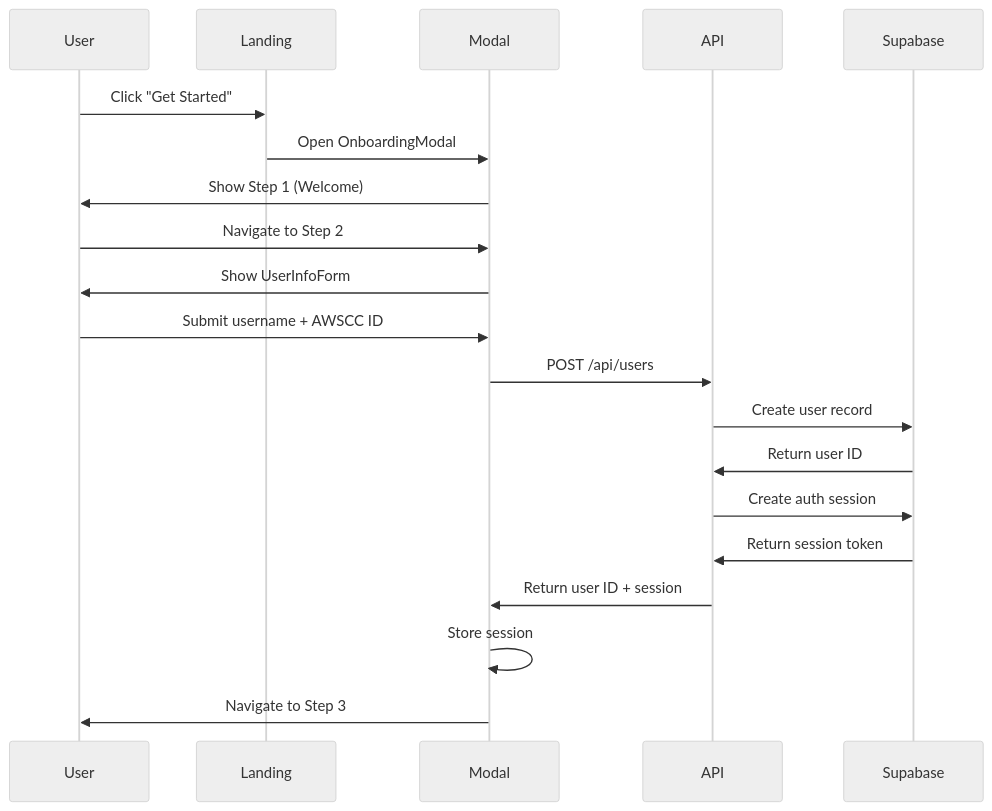
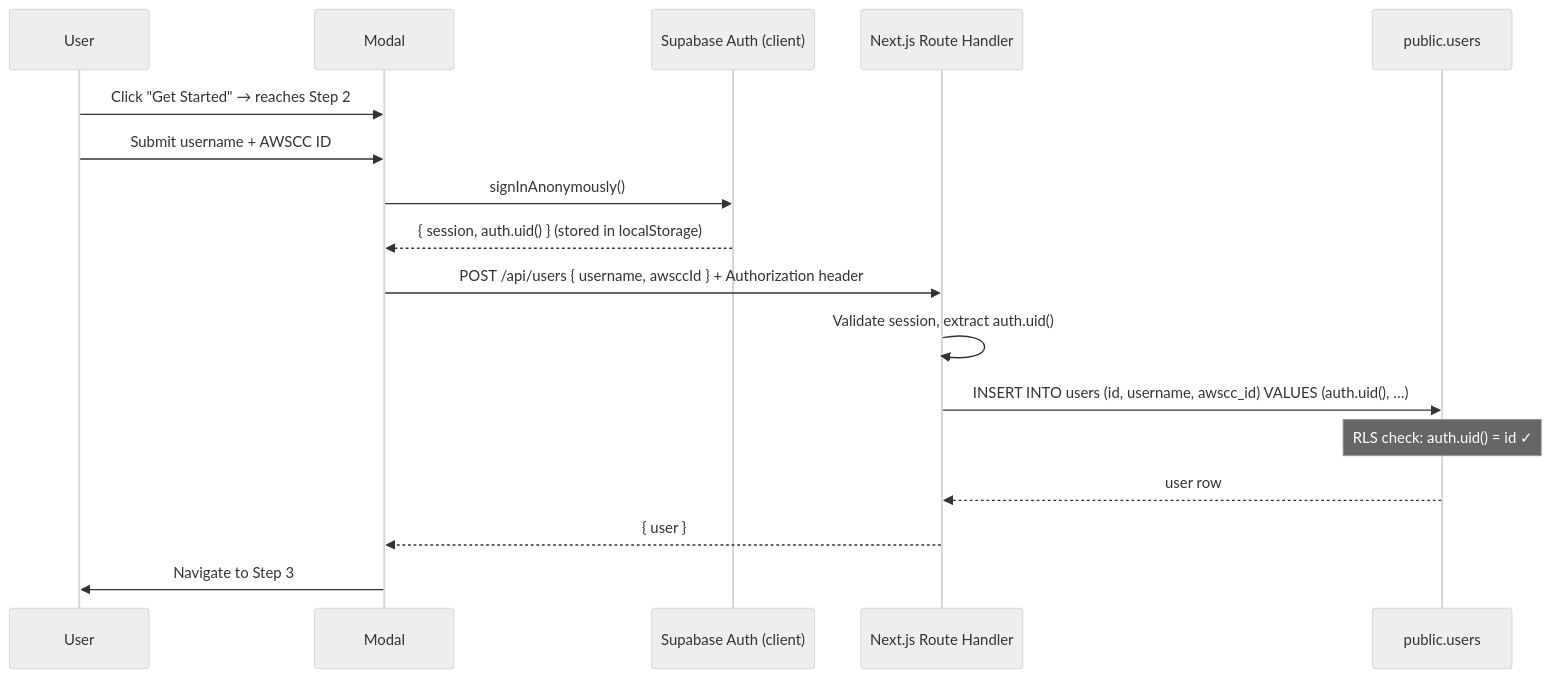
Before and after one commit to r0undy/project-showcase: the fourth of 4 diagrams in aws-community-showcase/design.md, drawn with Mermaid (neutral theme). The commit also changed other lines of this file and 24 other files, not shown here.

````diff
--- a/aws-community-showcase/design.md
+++ b/aws-community-showcase/design.md
@@ -359,23 +366,20 @@
 ```mermaid
 sequenceDiagram
     participant User
-    participant Landing
     participant Modal
-    participant API
-    participant Supabase
- 
-    User->>Landing: Click "Get Started"
-    Landing->>Modal: Open OnboardingModal
-    Modal->>User: Show Step 1 (Welcome)
-    User->>Modal: Navigate to Step 2
-    Modal->>User: Show UserInfoForm
+    participant SupabaseAuth as Supabase Auth (client)
+    participant API as Next.js Route Handler
+    participant DB as public.users
+
+    User->>Modal: Click "Get Started" → reaches Step 2
     User->>Modal: Submit username + AWSCC ID
-    Modal->>API: POST /api/users
-    API->>Supabase: Create user record
-    Supabase->>API: Return user ID
-    API->>Supabase: Create auth session
-    Supabase->>API: Return session token
-    API->>Modal: Return user ID + session
-    Modal->>Modal: Store session
+    Modal->>SupabaseAuth: signInAnonymously()
+    SupabaseAuth-->>Modal: { session, auth.uid() } (stored in localStorage)
+    Modal->>API: POST /api/users { username, awsccId } + Authorization header
+    API->>API: Validate session, extract auth.uid()
+    API->>DB: INSERT INTO users (id, username, awscc_id) VALUES (auth.uid(), …)
+    Note over DB: RLS check: auth.uid() = id ✓
+    DB-->>API: user row
+    API-->>Modal: { user }
     Modal->>User: Navigate to Step 3
 ```
````
